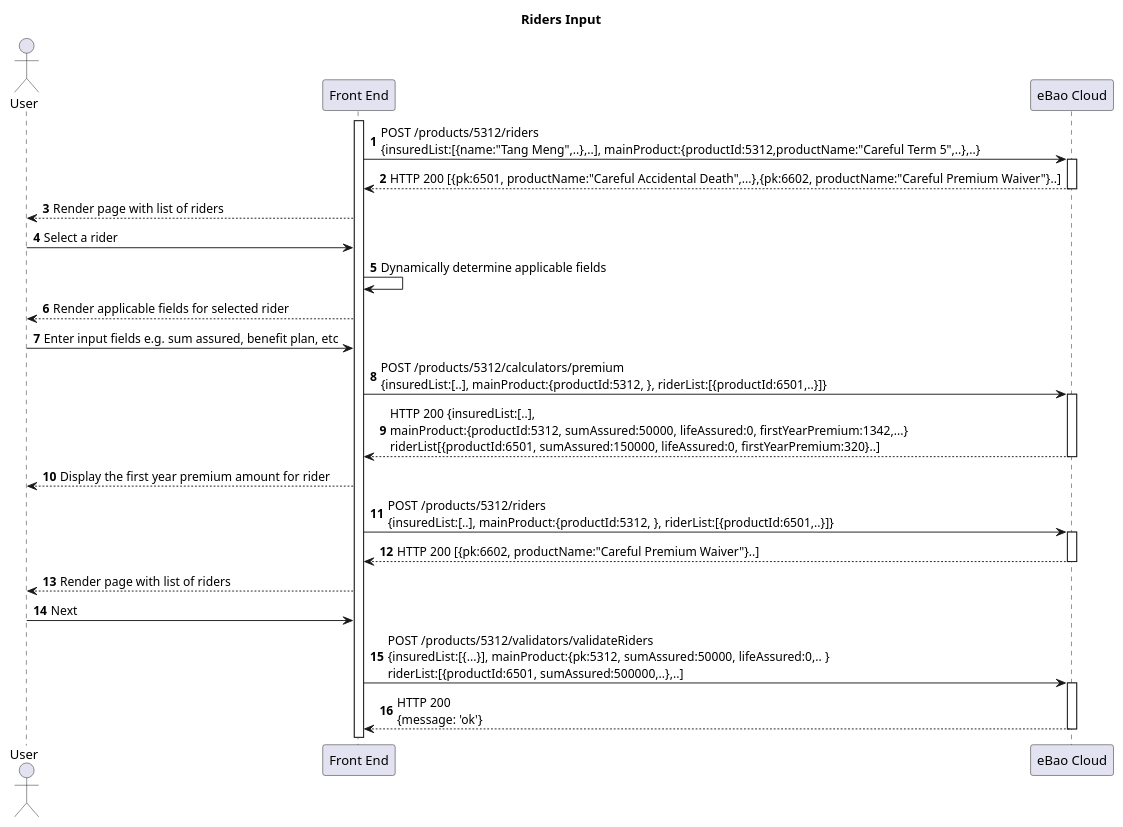
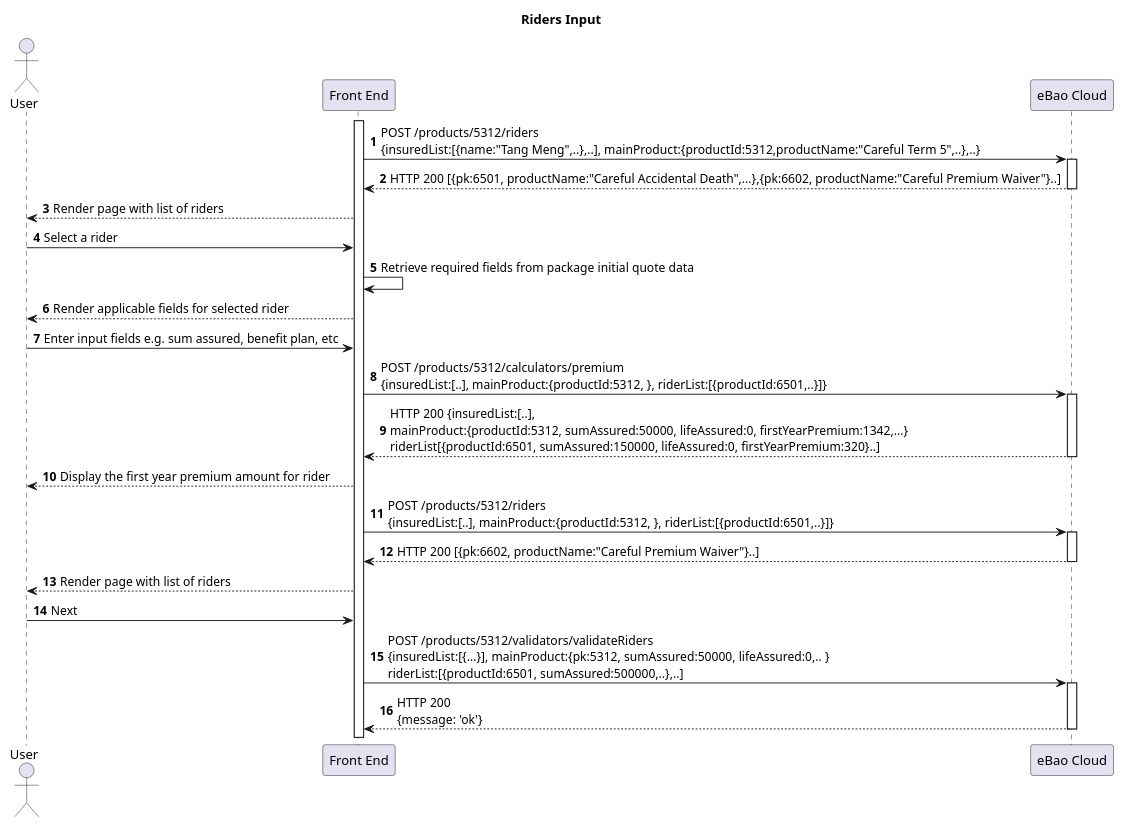
One commit to yitchoong/cloudapi changed the eighth of 12 diagrams in markdown/products-2.md. Above: the diagram before and after it, drawn with PlantUML. The commit also changed other lines of this file and 41 other files, not shown here.

````diff
--- a/markdown/products-2.md
+++ b/markdown/products-2.md
@@ -354,34 +357,34 @@
 ```puml
 title **Riders Input**
 actor "User" as user
 participant "Front End" as front
 participant "eBao Cloud" as ebao
 autonumber
 
 activate front
 front -> ebao: POST /products/5312/riders \n{insuredList:[{name:"Tang Meng",..},..], mainProduct:{productId:5312,productName:"Careful Term 5",..},..}
 activate ebao
 ebao --> front : HTTP 200 [{pk:6501, productName:"Careful Accidental Death",...},{pk:6602, productName:"Careful Premium Waiver"}..]
 deactivate ebao
 front -->user : Render page with list of riders
 user -> front : Select a rider
-front -> front : Dynamically determine applicable fields
+front -> front : Retrieve required fields from package initial quote data
 front --> user : Render applicable fields for selected rider
 user -> front : Enter input fields e.g. sum assured, benefit plan, etc
 front -> ebao: POST /products/5312/calculators/premium \n{insuredList:[..], mainProduct:{productId:5312, }, riderList:[{productId:6501,..}]}
 activate ebao
 ebao --> front : HTTP 200 {insuredList:[..], \nmainProduct:{productId:5312, sumAssured:50000, lifeAssured:0, firstYearPremium:1342,...}\nriderList[{productId:6501, sumAssured:150000, lifeAssured:0, firstYearPremium:320}..]
 deactivate ebao
 front --> user: Display the first year premium amount for rider
 
 front -> ebao: POST /products/5312/riders \n{insuredList:[..], mainProduct:{productId:5312, }, riderList:[{productId:6501,..}]}
 activate ebao
 ebao --> front : HTTP 200 [{pk:6602, productName:"Careful Premium Waiver"}..]
 deactivate ebao
 front -->user : Render page with list of riders
 user -> front : Next
 front -> ebao: POST /products/5312/validators/validateRiders \n{insuredList:[{...}], mainProduct:{pk:5312, sumAssured:50000, lifeAssured:0,.. }\nriderList:[{productId:6501, sumAssured:500000,..},..]
 activate ebao
 ebao --> front: HTTP 200 \n{message: 'ok'}
 deactivate ebao
 ```
````
